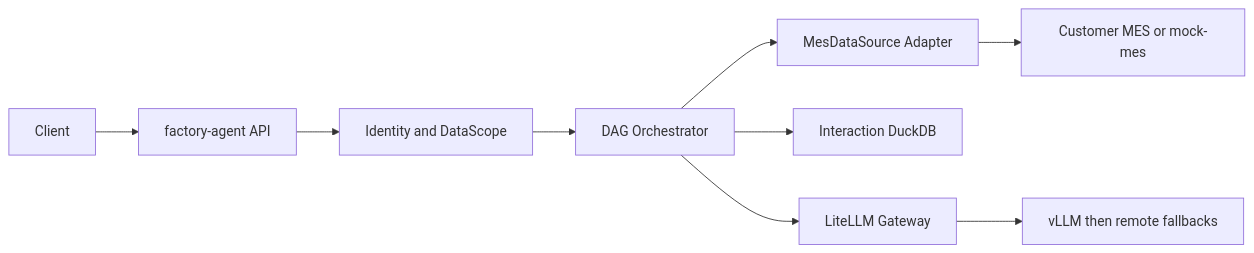
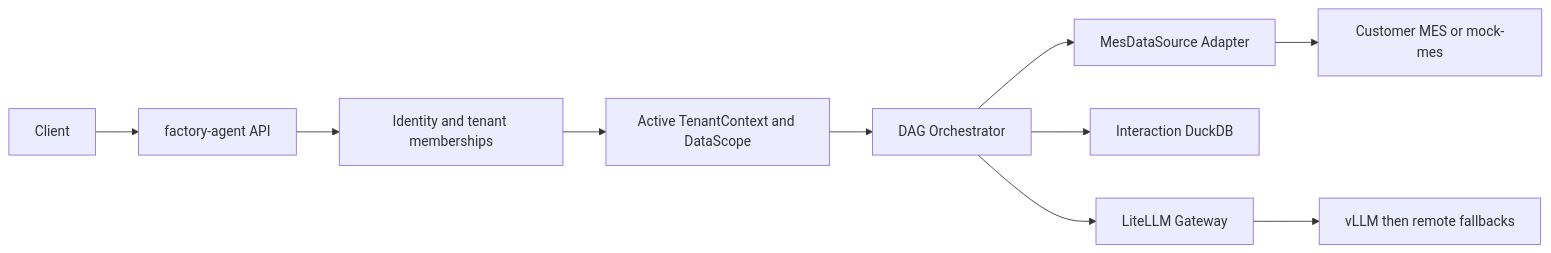
Before and after one commit to zhu13818202655/factory-agent: the diagram in ARCHITECTURE.md, drawn with Mermaid. The commit also changed other lines of this file and 19 other files, not shown here.

Commit message:
update architecture and story

````diff
--- a/ARCHITECTURE.md
+++ b/ARCHITECTURE.md
@@ -9,11 +11,12 @@
 ```mermaid
 flowchart LR
     Client --> Agent[factory-agent API]
-    Agent --> Auth[Identity and DataScope]
-    Auth --> Orchestrator[DAG Orchestrator]
+    Agent --> Auth[Identity and tenant memberships]
+    Auth --> Context[Active TenantContext and DataScope]
+    Context --> Orchestrator[DAG Orchestrator]
     Orchestrator --> Adapter[MesDataSource Adapter]
     Adapter --> MES[Customer MES or mock-mes]
     Orchestrator --> Sandbox[Interaction DuckDB]
     Orchestrator --> Gateway[LiteLLM Gateway]
     Gateway --> Models[vLLM then remote fallbacks]
 ```
````
